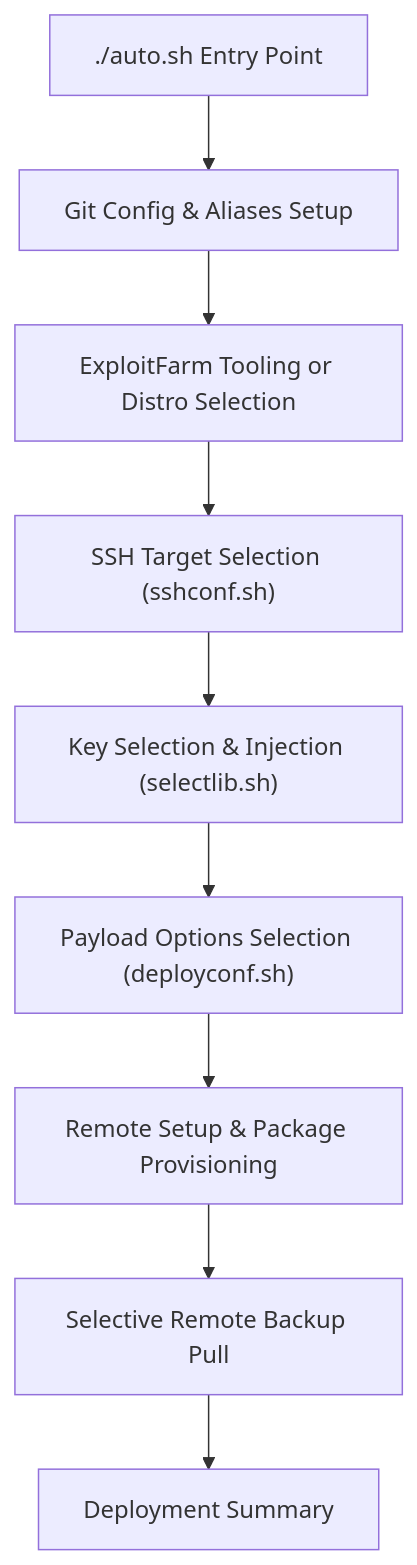
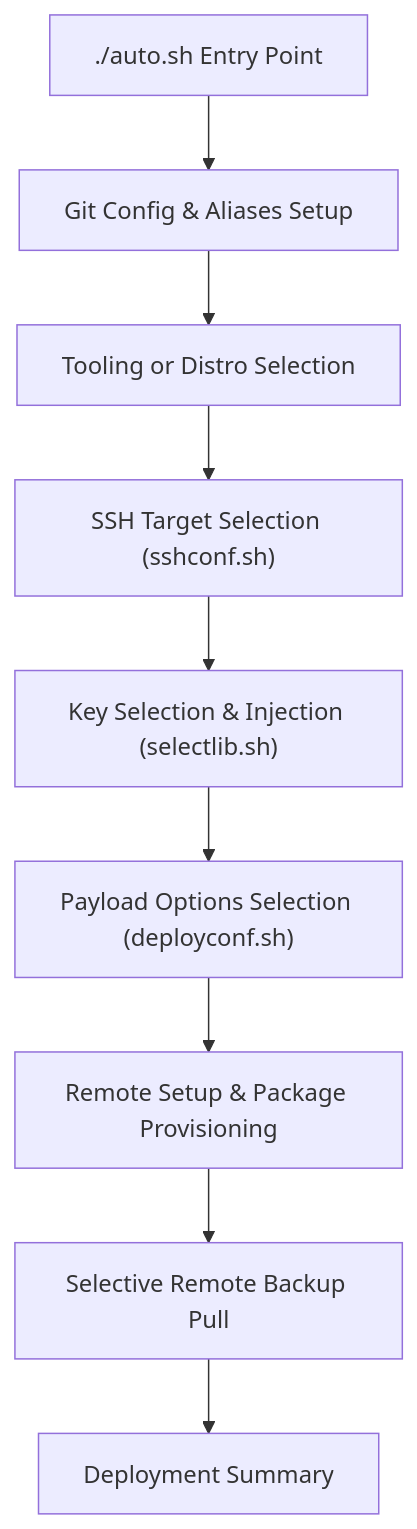
Before and after one commit to ctterrlt/Vulnbox-autoconfig: the first of 2 diagrams in README.md, drawn with Mermaid. The commit also changed other lines of this file and 6 other files, not shown here.

````diff
--- a/README.md
+++ b/README.md
@@ -141,11 +140,11 @@
 ```mermaid
 flowchart TD
     A["./auto.sh Entry Point"] --> B["Git Config & Aliases Setup"]
-    B --> C["ExploitFarm Tooling or Distro Selection"]
+    B --> C["Tooling or Distro Selection"]
     C --> D["SSH Target Selection (sshconf.sh)"]
     D --> E["Key Selection & Injection (selectlib.sh)"]
     E --> F["Payload Options Selection (deployconf.sh)"]
     F --> G["Remote Setup & Package Provisioning"]
     G --> H["Selective Remote Backup Pull"]
     H --> I["Deployment Summary"]
 ```
````
